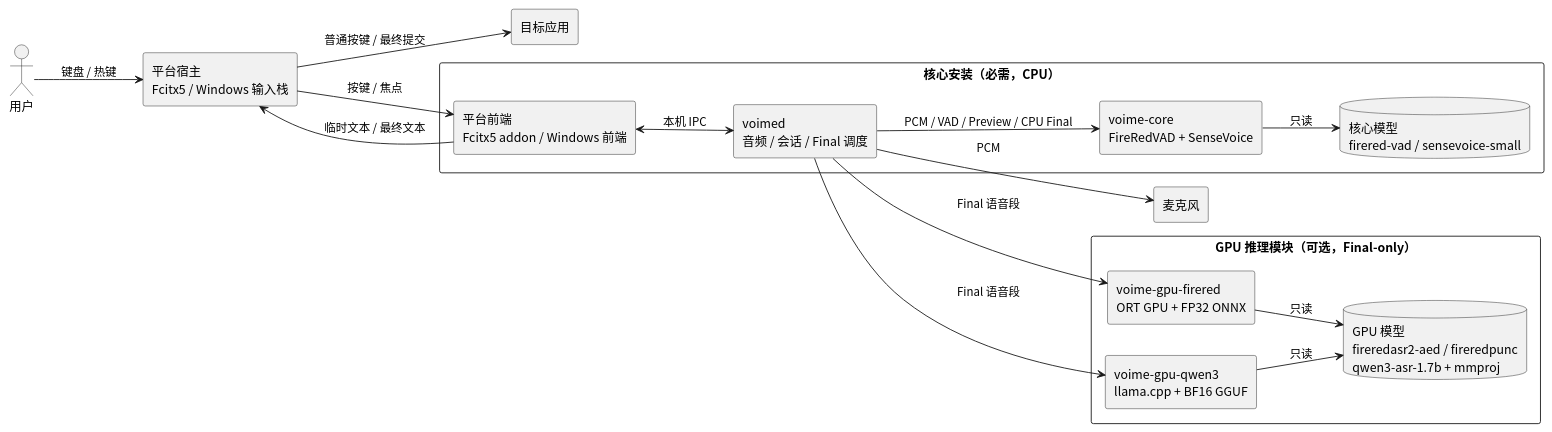
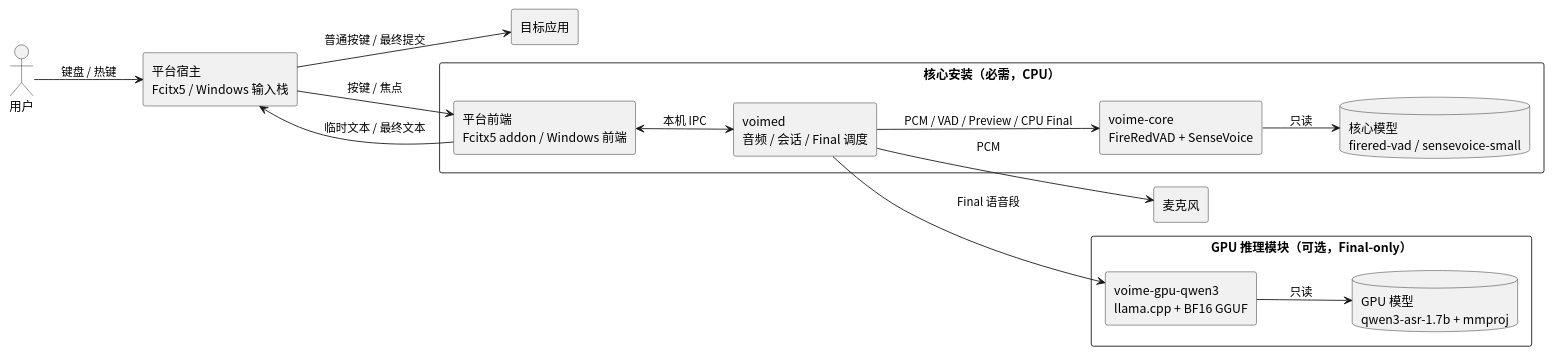
One commit to 54m43lJ/voime changed the diagram in diagram/general-architecture.puml. Above: the diagram before and after it, drawn with PlantUML. The commit also changed 77 other files, not shown here.

First line of the commit message:
refactor: 移除 FireRed GPU Final 后端

```diff
--- a/diagram/general-architecture.puml
+++ b/diagram/general-architecture.puml
@@ -1,38 +1,35 @@
 @startuml
 skinparam defaultFontName "Noto Sans CJK SC"
 skinparam shadowing false
 skinparam componentStyle rectangle
 skinparam packageStyle rectangle
 left to right direction
 
 actor "用户" as User
 component "平台宿主\nFcitx5 / Windows 输入栈" as Host
 component "目标应用" as App
 component "麦克风" as Mic
 
 package "核心安装（必需，CPU）" {
   component "平台前端\nFcitx5 addon / Windows 前端" as Frontend
   component "voimed\n音频 / 会话 / Final 调度" as Daemon
   component "voime-core\nFireRedVAD + SenseVoice" as Core
   database "核心模型\nfirered-vad / sensevoice-small" as CoreModels
 }
 
 package "GPU 推理模块（可选，Final-only）" {
-  component "voime-gpu-firered\nORT GPU + FP32 ONNX" as Firered
   component "voime-gpu-qwen3\nllama.cpp + BF16 GGUF" as Qwen
-  database "GPU 模型\nfireredasr2-aed / fireredpunc\nqwen3-asr-1.7b + mmproj" as GpuModels
+  database "GPU 模型\nqwen3-asr-1.7b + mmproj" as GpuModels
 }
 
 User --> Host : 键盘 / 热键
 Host --> Frontend : 按键 / 焦点
 Frontend --> Host : 临时文本 / 最终文本
 Host --> App : 普通按键 / 最终提交
 Frontend <--> Daemon : 本机 IPC
 Daemon --> Core : PCM / VAD / Preview / CPU Final
 Core --> CoreModels : 只读
 Daemon --> Mic : PCM
-Daemon --> Firered : Final 语音段
 Daemon --> Qwen : Final 语音段
-Firered --> GpuModels : 只读
 Qwen --> GpuModels : 只读
 @enduml
```
